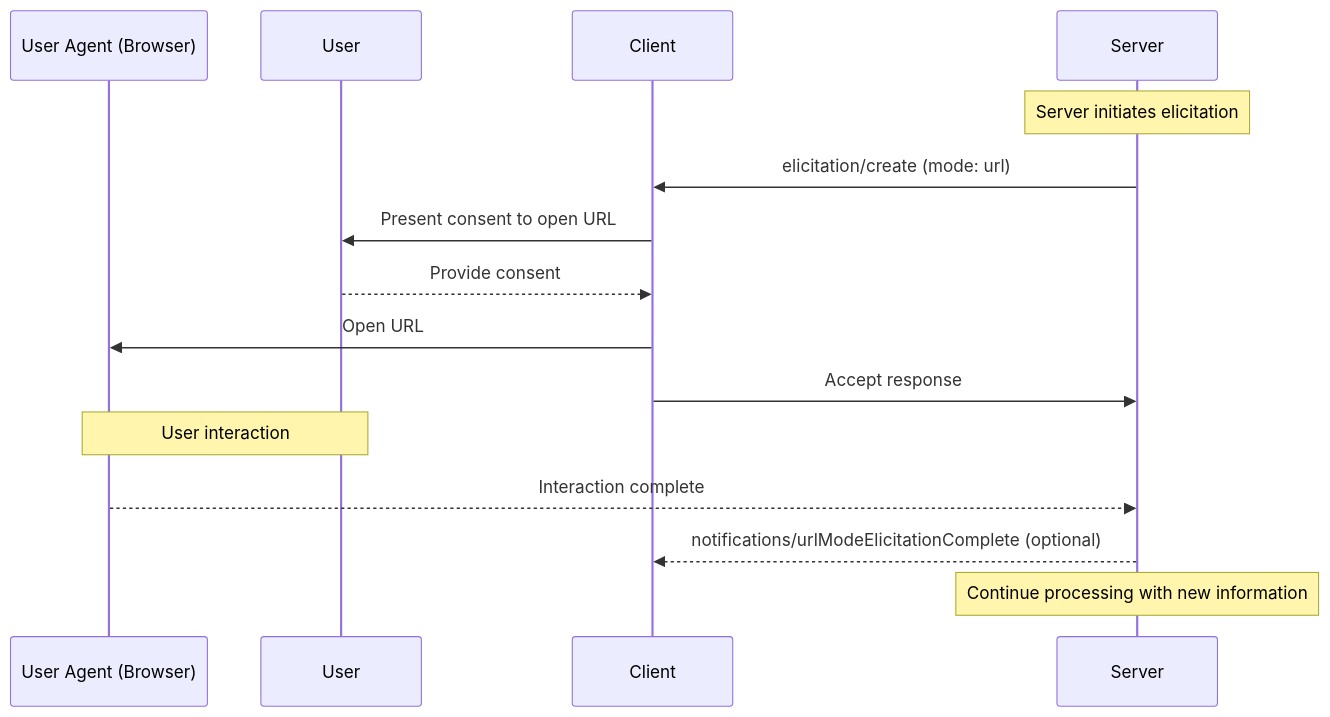
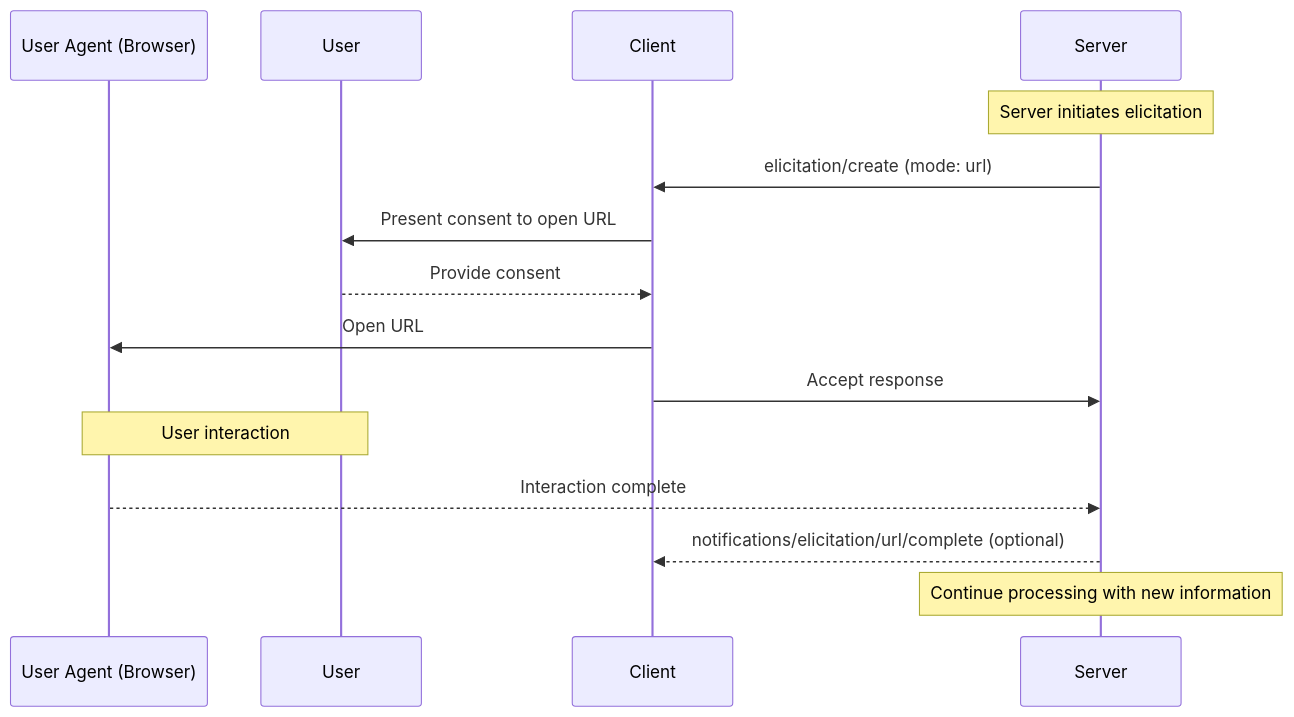
The second of 4 diagrams in docs/specification/draft/client/elicitation.mdx (modelcontextprotocol/modelcontextprotocol), drawn with Mermaid before and after one commit. The commit also changed other lines of this file and 3 other files, not shown here.

````diff
--- a/docs/specification/draft/client/elicitation.mdx
+++ b/docs/specification/draft/client/elicitation.mdx
@@ -411,22 +411,22 @@
 ```mermaid
 sequenceDiagram
     participant UserAgent as User Agent (Browser)
     participant User
     participant Client
     participant Server
 
     Note over Server: Server initiates elicitation
     Server->>Client: elicitation/create (mode: url)
 
     Client->>User: Present consent to open URL
     User-->>Client: Provide consent
 
     Client->>UserAgent: Open URL
     Client->>Server: Accept response
 
     Note over User,UserAgent: User interaction
     UserAgent-->>Server: Interaction complete
-    Server-->>Client: notifications/urlModeElicitationComplete (optional)
+    Server-->>Client: notifications/elicitation/url/complete (optional)
 
     Note over Server: Continue processing with new information
 ```
````
